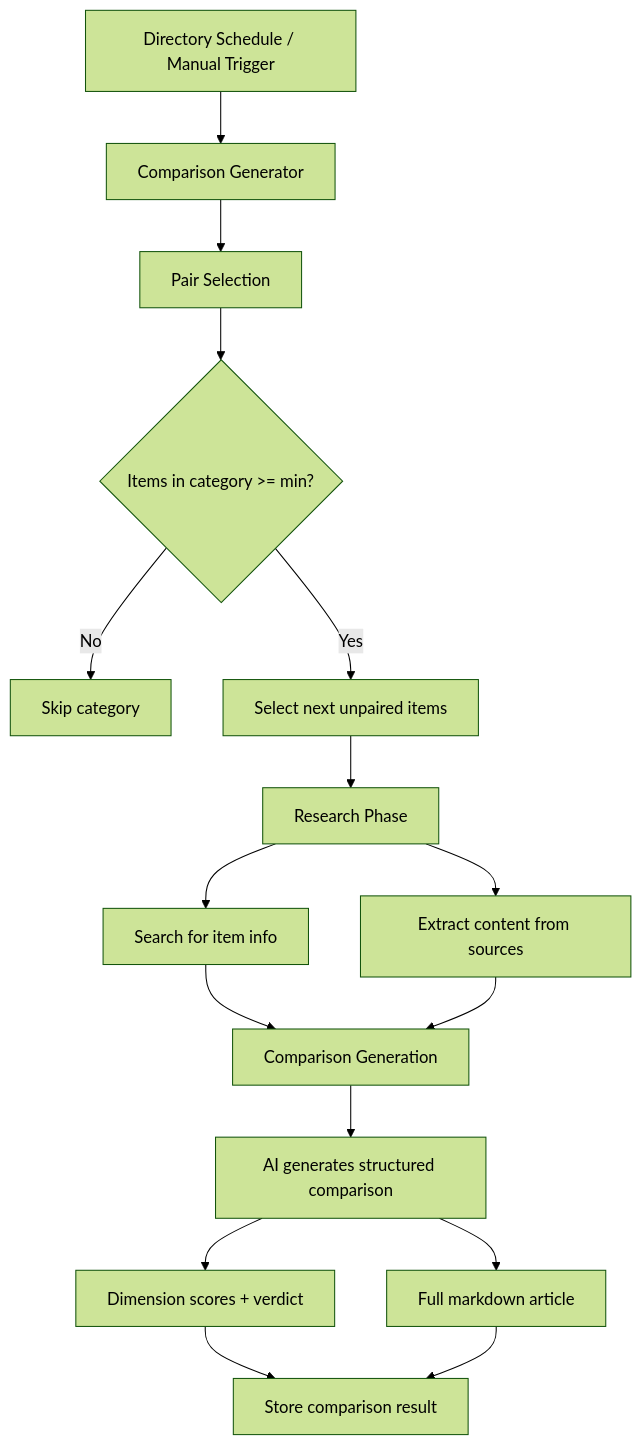
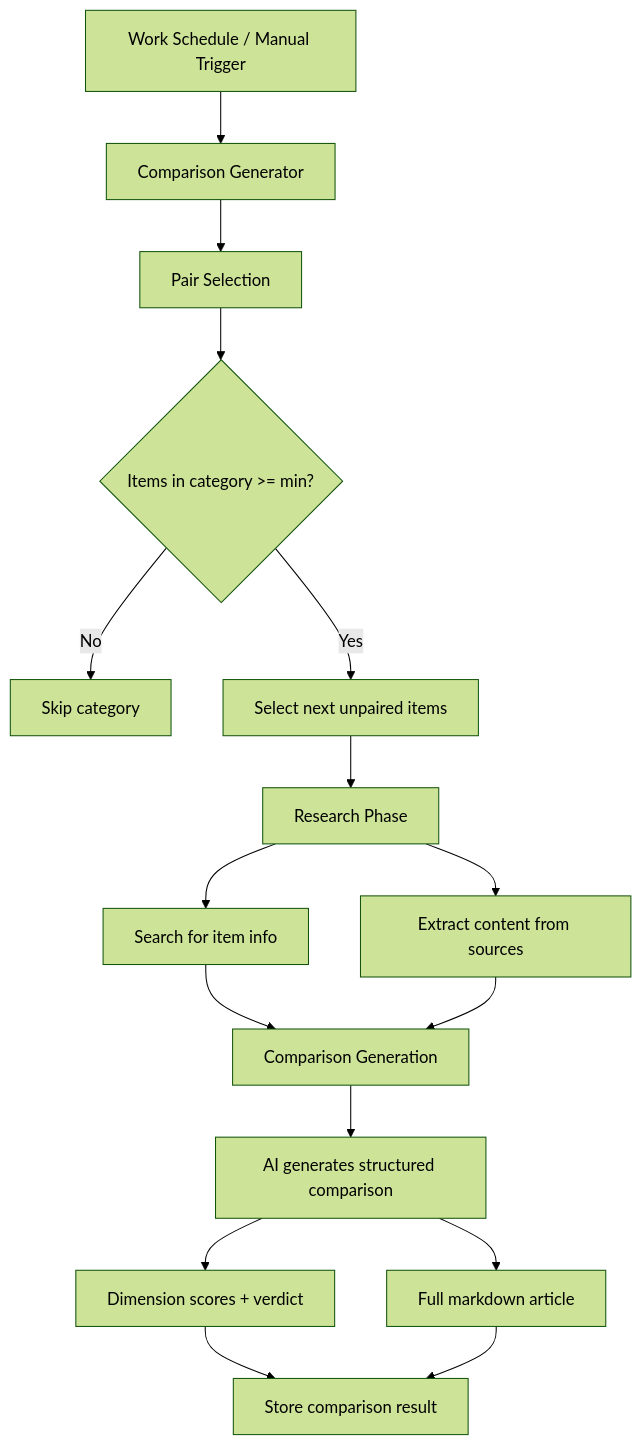
One commit to ever-works/ever-works changed the diagram in docs/plugin-system/comparison-generator-plugin.md. Above: the diagram before and after it, drawn with Mermaid (forest theme). The commit also changed other lines of this file and 395 other files, not shown here.

````diff
--- a/docs/plugin-system/comparison-generator-plugin.md
+++ b/docs/plugin-system/comparison-generator-plugin.md
@@ -31,18 +31,18 @@
 ```mermaid
 graph TD
-    A[Directory Schedule / Manual Trigger] --> B[Comparison Generator]
+    A[Work Schedule / Manual Trigger] --> B[Comparison Generator]
     B --> C[Pair Selection]
     C --> D{Items in category >= min?}
     D -->|No| E[Skip category]
     D -->|Yes| F[Select next unpaired items]
     F --> G[Research Phase]
     G --> H[Search for item info]
     G --> I[Extract content from sources]
     H --> J[Comparison Generation]
     I --> J
     J --> K[AI generates structured comparison]
     K --> L[Dimension scores + verdict]
     K --> M[Full markdown article]
     L --> N[Store comparison result]
     M --> N
 ```
````
